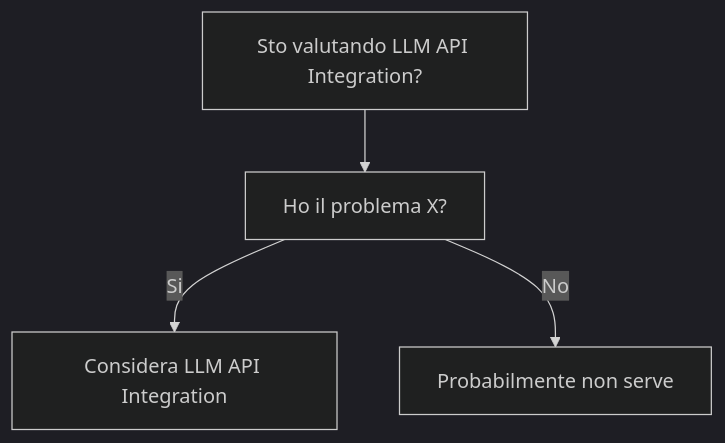
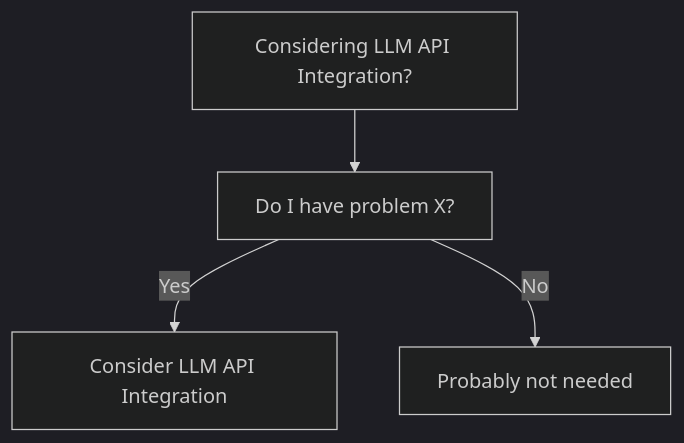
The diagram in dev-wiki/22_AI_ML_Integration/LLM_API_Integration/When_To_Use.md (HxT9/Software-Dev-Wiki), drawn with Mermaid (dark theme) before and after one commit. The commit also changed other lines of this file and 3444 other files, not shown here.

````diff
--- a/dev-wiki/22_AI_ML_Integration/LLM_API_Integration/When_To_Use.md
+++ b/dev-wiki/22_AI_ML_Integration/LLM_API_Integration/When_To_Use.md
@@ -19,6 +19,6 @@
 ```mermaid
 flowchart TD
-  Q[Sto valutando LLM API Integration?] --> Q1[Ho il problema X?]
-  Q1 -->|Si| OK[Considera LLM API Integration]
-  Q1 -->|No| NO[Probabilmente non serve]
+  Q[Considering LLM API Integration?] --> Q1[Do I have problem X?]
+  Q1 -->|Yes| OK[Consider LLM API Integration]
+  Q1 -->|No| NO[Probably not needed]
 ```
````
